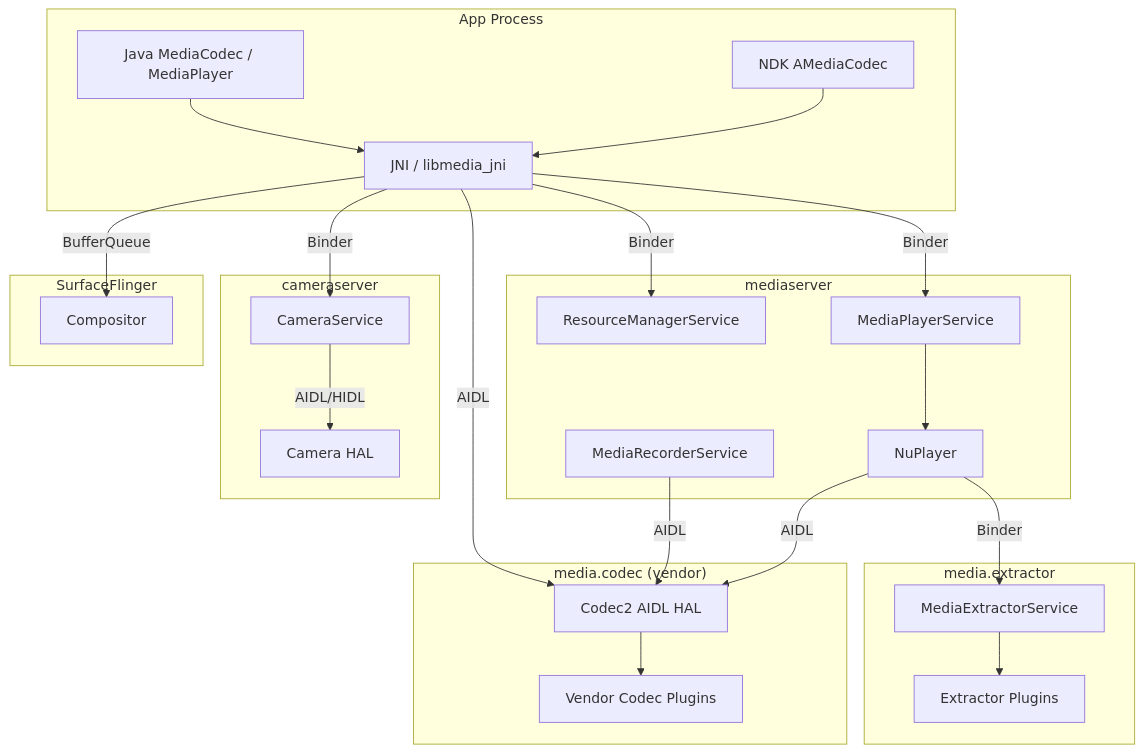
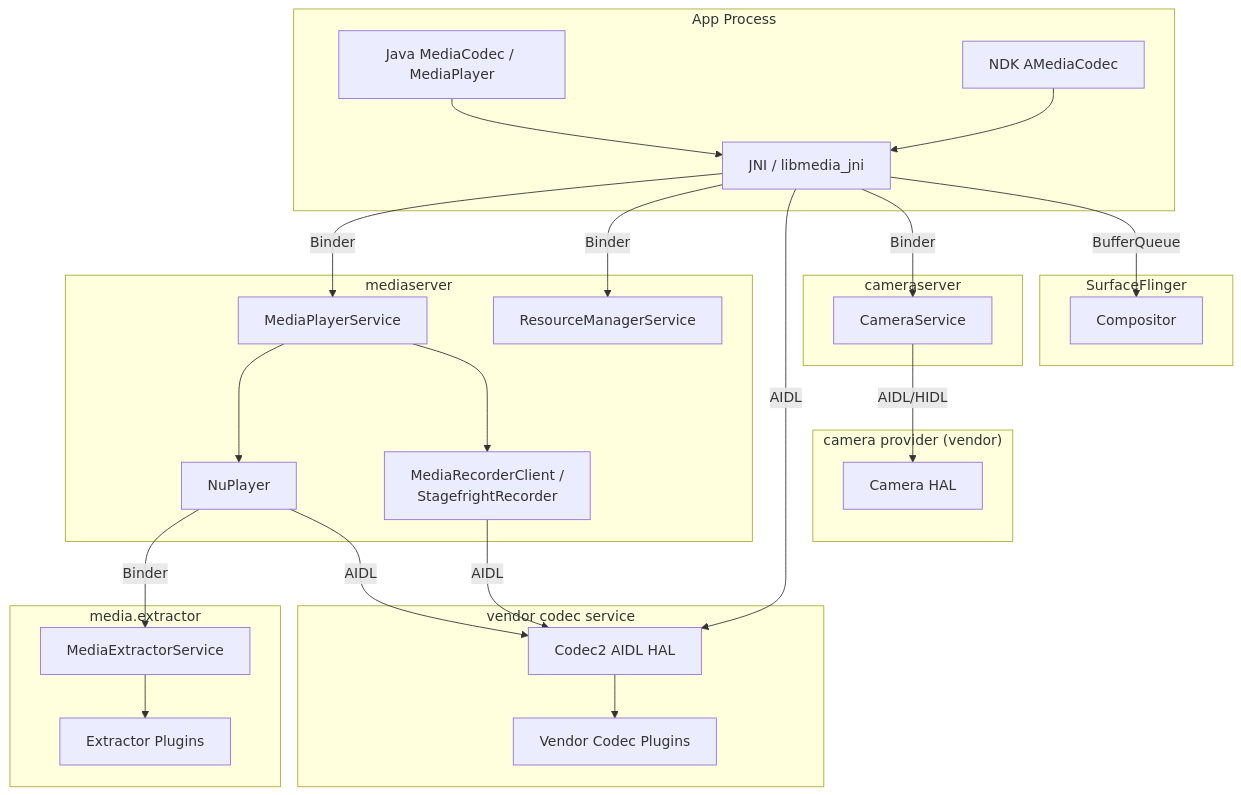
Diagram 23 of 34 in 16-media-and-camera.md (aospbooks/aosp-internal-book), drawn with Mermaid before and after one commit. The commit also changed other lines of this file and 218 other files, not shown here.

````diff
--- a/16-media-and-camera.md
+++ b/16-media-and-camera.md
@@ -2917,54 +2949,58 @@
 ```mermaid
 graph TD
     subgraph "App Process"
         JAVA["Java MediaCodec / MediaPlayer"]
         NDK["NDK AMediaCodec"]
         JNI["JNI / libmedia_jni"]
     end
 
     subgraph "mediaserver"
         MPS["MediaPlayerService"]
-        MRS["MediaRecorderService"]
+        MRS["MediaRecorderClient /<br/>StagefrightRecorder"]
         RMS["ResourceManagerService"]
         NP2["NuPlayer"]
     end
 
-    subgraph "media.codec (vendor)"
+    subgraph "vendor codec service"
         C2HAL["Codec2 AIDL HAL"]
         VENDOR["Vendor Codec Plugins"]
     end
 
     subgraph "media.extractor"
         EXTSVC["MediaExtractorService"]
         PLUGINS["Extractor Plugins"]
     end
 
     subgraph "cameraserver"
         CAMSVC["CameraService"]
+    end
+
+    subgraph "camera provider (vendor)"
         CAMHAL["Camera HAL"]
     end
 
     subgraph "SurfaceFlinger"
         SFCOMP["Compositor"]
     end
 
     JAVA --> JNI
     NDK --> JNI
     JNI -->|"Binder"| MPS
     JNI -->|"Binder"| RMS
     JNI -->|"AIDL"| C2HAL
 
     MPS --> NP2
+    MPS --> MRS
     NP2 -->|"Binder"| EXTSVC
     NP2 -->|"AIDL"| C2HAL
 
     MRS -->|"AIDL"| C2HAL
 
     JNI -->|"Binder"| CAMSVC
     CAMSVC -->|"AIDL/HIDL"| CAMHAL
 
     C2HAL --> VENDOR
     EXTSVC --> PLUGINS
 
     JNI -->|"BufferQueue"| SFCOMP
 ```
````
